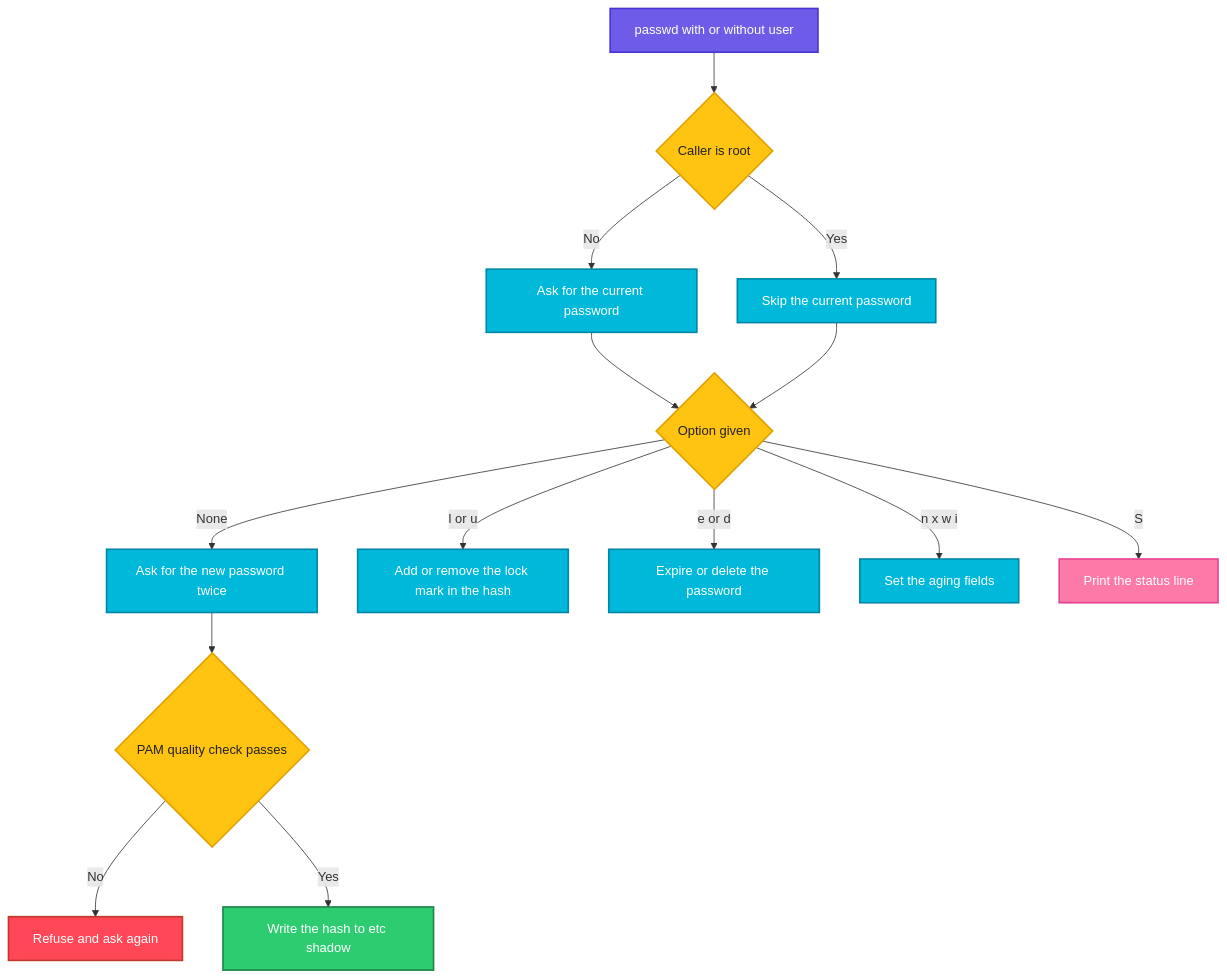
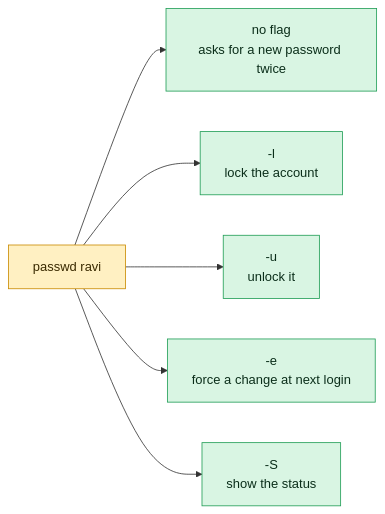
The diagram in linux/user-management/passwd.md (codeKerdosTech/DevOps-Documentation), drawn with Mermaid before and after one commit. The commit also changed other lines of this file and 165 other files, not shown here.

Commit message:
updated diagrams in linux

````diff
--- a/linux/user-management/passwd.md
+++ b/linux/user-management/passwd.md
@@ -29,29 +29,15 @@
 ```mermaid
-flowchart TD
-    A[passwd with or without user] --> B{Caller is root}
-    B -->|No| C[Ask for the current password]
-    B -->|Yes| D[Skip the current password]
-    C --> E{Option given}
-    D --> E
-    E -->|None| F[Ask for the new password twice]
-    E -->|l or u| G[Add or remove the lock mark in the hash]
-    E -->|e or d| H[Expire or delete the password]
-    E -->|n x w i| I[Set the aging fields]
-    E -->|S| J[Print the status line]
-    F --> K{PAM quality check passes}
-    K -->|No| L[Refuse and ask again]
-    K -->|Yes| M[Write the hash to etc shadow]
-    classDef start fill:#6C5CE7,stroke:#4834D4,stroke-width:2px,color:#fff
-    classDef proc fill:#00B8D9,stroke:#0087A8,stroke-width:2px,color:#fff
-    classDef dec fill:#FFC312,stroke:#E1A100,stroke-width:2px,color:#222
-    classDef ok fill:#2ECC71,stroke:#1E8449,stroke-width:2px,color:#fff
-    classDef err fill:#FF4757,stroke:#C0392B,stroke-width:2px,color:#fff
-    classDef out fill:#FD79A8,stroke:#E84393,stroke-width:2px,color:#fff
-    classDef alt fill:#FF9F43,stroke:#E67E22,stroke-width:2px,color:#fff
-    class A start
-    class B,E,K dec
-    class C,D,F,G,H,I proc
-    class J out
-    class L err
-    class M ok
+flowchart LR
+    c1[passwd ravi] --> o1[no flag<br/>asks for a new password twice]
+    c1 --> o2[-l<br/>lock the account]
+    c1 --> o3[-u<br/>unlock it]
+    c1 --> o4[-e<br/>force a change at next login]
+    c1 --> o5[-S<br/>show the status]
+    classDef inp fill:#DCEBFF,stroke:#2F6FDE,color:#10213F
+    classDef cmd fill:#FFF0C2,stroke:#C98A00,color:#3A2A00
+    classDef out fill:#D9F5E3,stroke:#1F9D55,color:#0B2E1A
+    classDef bad fill:#FDE0E0,stroke:#D13B3B,color:#4A0F0F
+    classDef note fill:#ECEFF3,stroke:#7B8794,color:#1F2933
+    class c1 cmd
+    class o1,o2,o3,o4,o5 out
 ```
````
